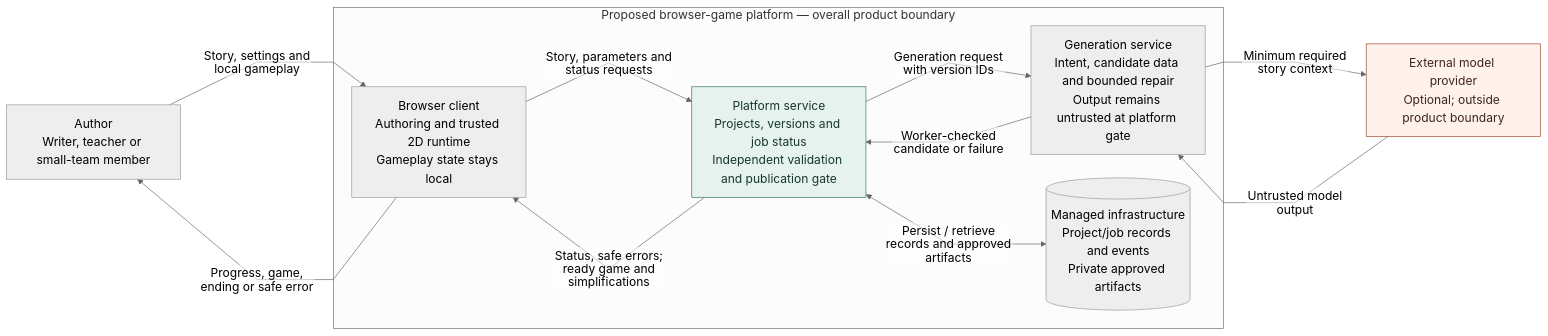
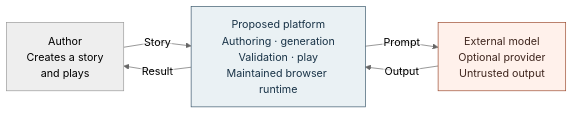
The diagram in diagrams/system-context.mmd (lastnurik/diploma), drawn with Mermaid before and after one commit. The commit also changed 14 other files, not shown here.

```diff
--- a/diagrams/system-context.mmd
+++ b/diagrams/system-context.mmd
@@ -1,42 +1,25 @@
 ---
 config:
   theme: neutral
-  fontFamily: Arial
-  themeVariables:
-    fontFamily: Arial, Helvetica, sans-serif
-    fontSize: 18px
   flowchart:
     htmlLabels: false
     curve: linear
-    nodeSpacing: 35
-    rankSpacing: 55
 ---
-%% Proposed system context. The outer box is a product boundary, not one trusted process.
-%% Internal browser/server/worker trust zones are expanded in component.mmd.
+%% Proposed system context. The centre box is the whole product, not an implemented deployment.
 flowchart LR
-  accTitle: System context — proposed browser-game platform
-  accDescr: The author and optional external model provider surround a proposed product boundary. Browser authoring and local play, the independently validating platform service, generation worker and managed infrastructure are internal components. Provider output and worker candidates remain untrusted until the publication gate approves data.
-    author["Author<br/>Writer, teacher or small-team member"]
-    provider["External model provider<br/>Optional; outside product boundary"]
+  accTitle: Proposed browser-game platform — system context
+  accDescr: An author submits a story and receives status, a playable game, or a safe failure. The proposed platform may use an optional external model provider. Model output is untrusted; only validated data reaches the maintained browser runtime.
 
-    subgraph product["Proposed browser-game platform — overall product boundary"]
-        client["Browser client<br/>Authoring and trusted 2D runtime<br/>Gameplay state stays local"]
-        api["Platform service<br/>Projects, versions and job status<br/>Independent validation and publication gate"]
-        ai["Generation service<br/>Intent, candidate data and bounded repair<br/>Output remains untrusted at platform gate"]
-        storage[("Managed infrastructure<br/>Project/job records and events<br/>Private approved artifacts")]
-        client -->|"Story, parameters and status requests"| api
-        api -->|"Status, safe errors; ready game and simplifications"| client
-        api -->|"Generation request with version IDs"| ai
-        ai -->|"Worker-checked candidate or failure"| api
-        api <-->|"Persist / retrieve records and approved artifacts"| storage
-    end
+  AUTHOR["Author<br/>Creates a story<br/>and plays"]
+  PLATFORM["Proposed platform<br/>Authoring · generation<br/>Validation · play<br/>Maintained browser runtime"]
+  MODEL["External model<br/>Optional provider<br/>Untrusted output"]
 
-    author -->|"Story, settings and local gameplay"| client
-    client -->|"Progress, game, ending or safe error"| author
-    ai -->|"Minimum required story context"| provider
-    provider -->|"Untrusted model output"| ai
+  AUTHOR -->|"Story"| PLATFORM
+  PLATFORM -->|"Result"| AUTHOR
+  PLATFORM -->|"Prompt"| MODEL
+  MODEL -->|"Output"| PLATFORM
 
-    classDef external fill:#fff1eb,stroke:#9a492d,color:#3f261e;
-    classDef gate fill:#e6f2ed,stroke:#33745b,color:#17382b;
-    class provider external;
-    class api gate;
+  classDef product fill:#eaf1f4,stroke:#385569,color:#193347;
+  classDef external fill:#fff1eb,stroke:#9a492d,color:#3f261e;
+  class PLATFORM product;
+  class MODEL external;
```
